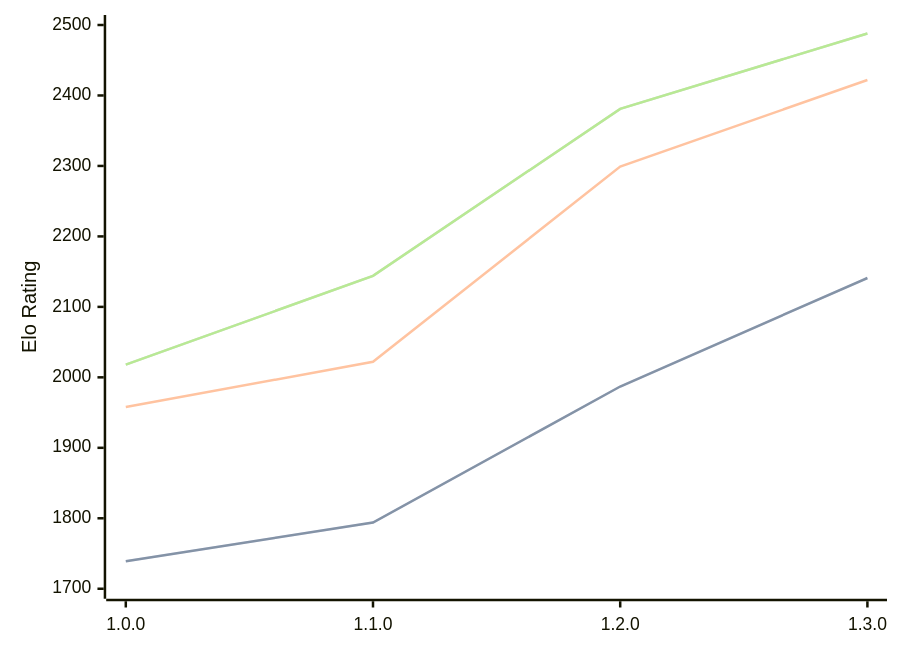
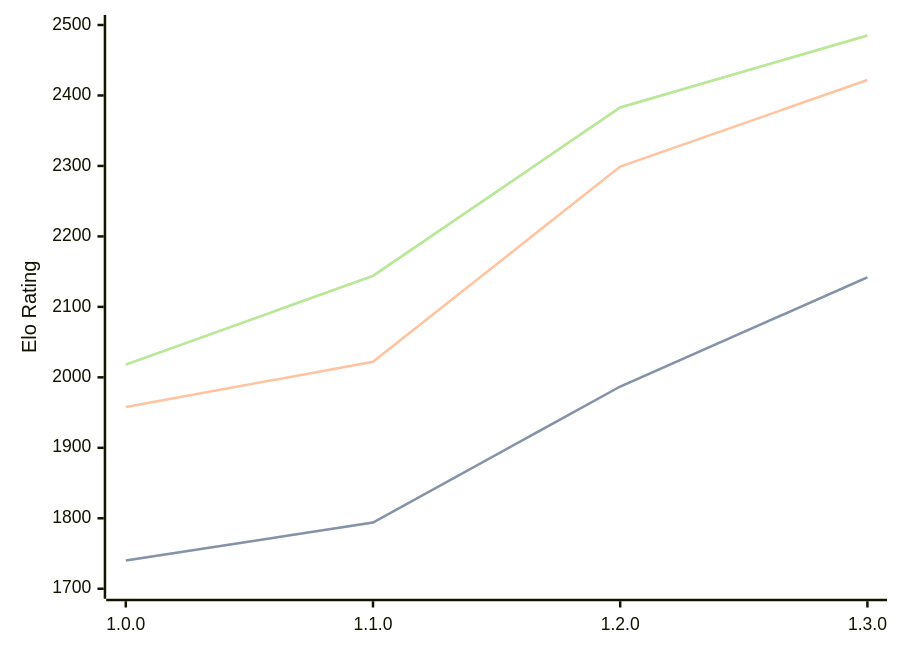
Before and after one commit to computer-chess-index/cci: the third of 3 diagrams in engines/Anodos.md, drawn with Mermaid. The commit also changed other lines of this file, not shown here.

Commit message:
Update CCI Ratings (ELO VLTC) - 2026-07-14

````diff
--- a/engines/Anodos.md
+++ b/engines/Anodos.md
@@ -78,11 +78,11 @@
 ```mermaid
 %%{init: {"theme":"base","themeVariables":{"seriesColors:['#a3a3a3','#222221','#faa371']}}}%%
 xychart-beta
   x-axis ["1.0.0", "1.1.0", "1.2.0", "1.3.0"]
   y-axis "Elo Rating" 1700 --> 2500
-  line "STC (8.0+0.08s)" [1739, 1794, 1987, 2141]
-  line "STC (8.0+0.08s)" [1739, 1794, 1987, 2141]
+  line "STC (8.0+0.08s)" [1740, 1794, 1987, 2142]
+  line "STC (8.0+0.08s)" [1740, 1794, 1987, 2142]
   line "LTC (60.0+0.60s)" [1958, 2022, 2299, 2422]
-  line "VLTC (2m24s+1.12s)" [2018, 2144, 2381, 2488]
-  line "VLTC (2m24s+1.12s)" [2018, 2144, 2381, 2488]
+  line "VLTC (2m24s+1.12s)" [2018, 2144, 2383, 2485]
+  line "VLTC (2m24s+1.12s)" [2018, 2144, 2383, 2485]
 ```
````
